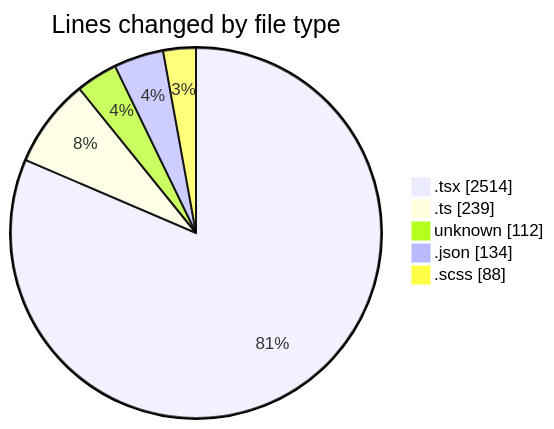
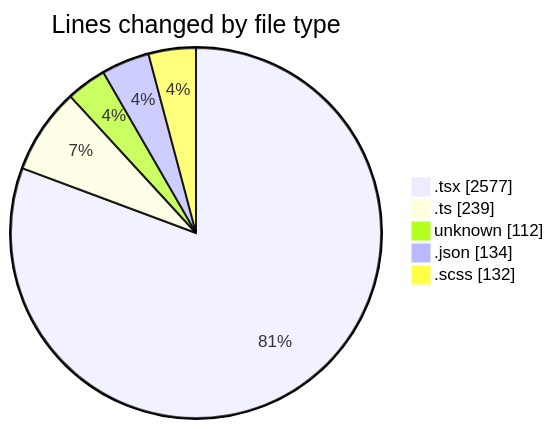
Before and after one commit to momahboobian/code-tracking: the first of 2 diagrams in 2026-04-28/cda/README.md, drawn with Mermaid. The commit also changed other lines of this file and 1 other file, not shown here.

````diff
--- a/2026-04-28/cda/README.md
+++ b/2026-04-28/cda/README.md
@@ -46,9 +46,9 @@
 ```mermaid
 pie showData
 title Lines changed by file type
-".tsx" : 2514
+".tsx" : 2577
 ".ts" : 239
 "unknown" : 112
 ".json" : 134
-".scss" : 88
+".scss" : 132
 ```
````
